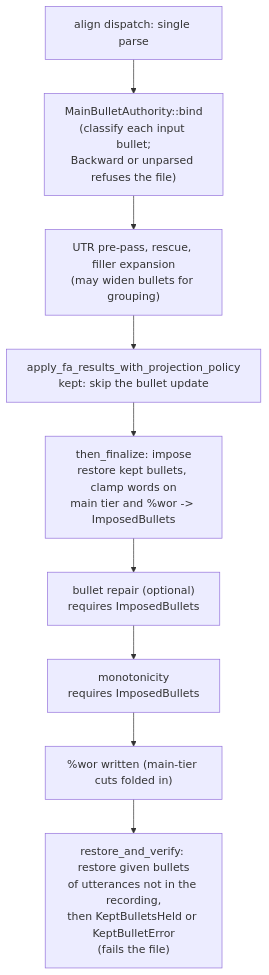
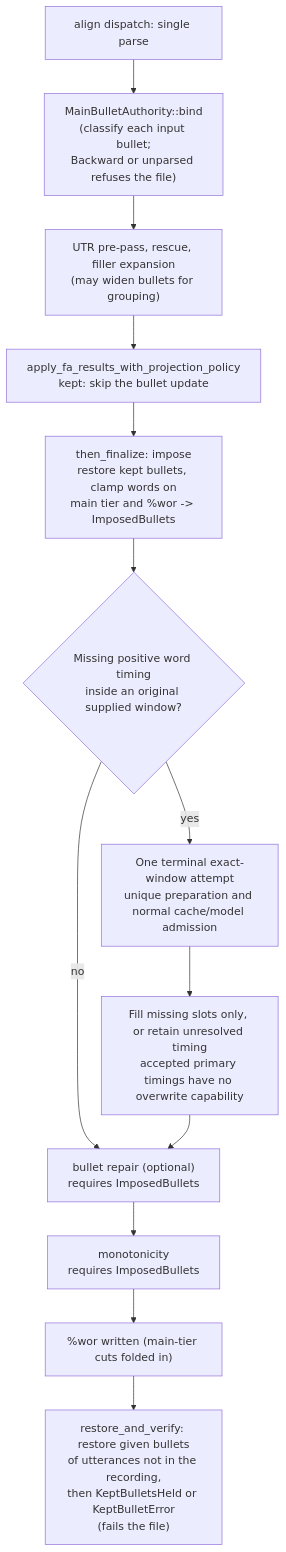
Before and after one commit to FranklinChen/talkbank-tools: diagram 12 of 16 in book/src/batchalign/reference/forced-alignment.md, drawn with Mermaid. The commit also changed other lines of this file and 523 other files, not shown here.

````diff
--- a/book/src/batchalign/reference/forced-alignment.md
+++ b/book/src/batchalign/reference/forced-alignment.md
@@ -1699,11 +1692,15 @@
 ```mermaid
 flowchart TD
     parse["align dispatch: single parse"] --> bind["MainBulletAuthority::bind<br/>(classify each input bullet;<br/>Backward or unparsed refuses the file)"]
     bind --> utr["UTR pre-pass, rescue, filler expansion<br/>(may widen bullets for grouping)"]
     utr --> apply["apply_fa_results_with_projection_policy<br/>kept: skip the bullet update"]
     apply --> impose["then_finalize: impose<br/>restore kept bullets, clamp words on<br/>main tier and %wor -> ImposedBullets"]
-    impose --> repair["bullet repair (optional)<br/>requires ImposedBullets"]
+    impose --> missing{"Missing positive word timing<br/>inside an original supplied window?"}
+    missing -->|"no"| repair["bullet repair (optional)<br/>requires ImposedBullets"]
+    missing -->|"yes"| retry["One terminal exact-window attempt<br/>unique preparation and normal cache/model admission"]
+    retry --> patch["Fill missing slots only, or retain unresolved timing<br/>accepted primary timings have no overwrite capability"]
+    patch --> repair
     repair --> mono["monotonicity<br/>requires ImposedBullets"]
     mono --> wor["%wor written (main-tier cuts folded in)"]
     wor --> held["restore_and_verify: restore given bullets<br/>of utterances not in the recording,<br/>then KeptBulletsHeld or KeptBulletError<br/>(fails the file)"]
 ```
````
